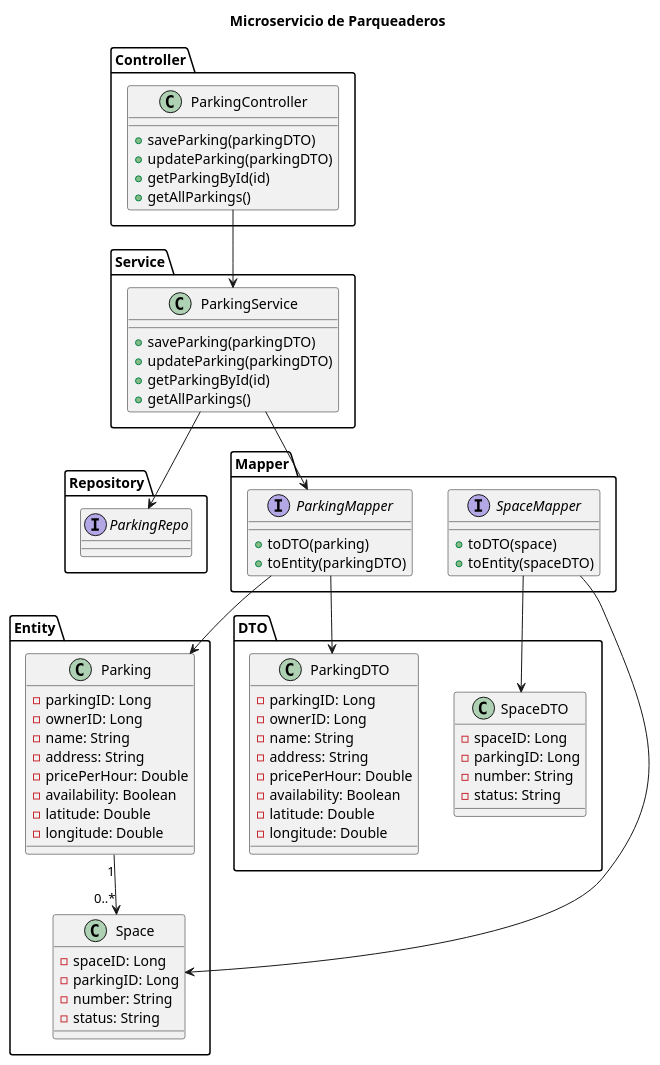
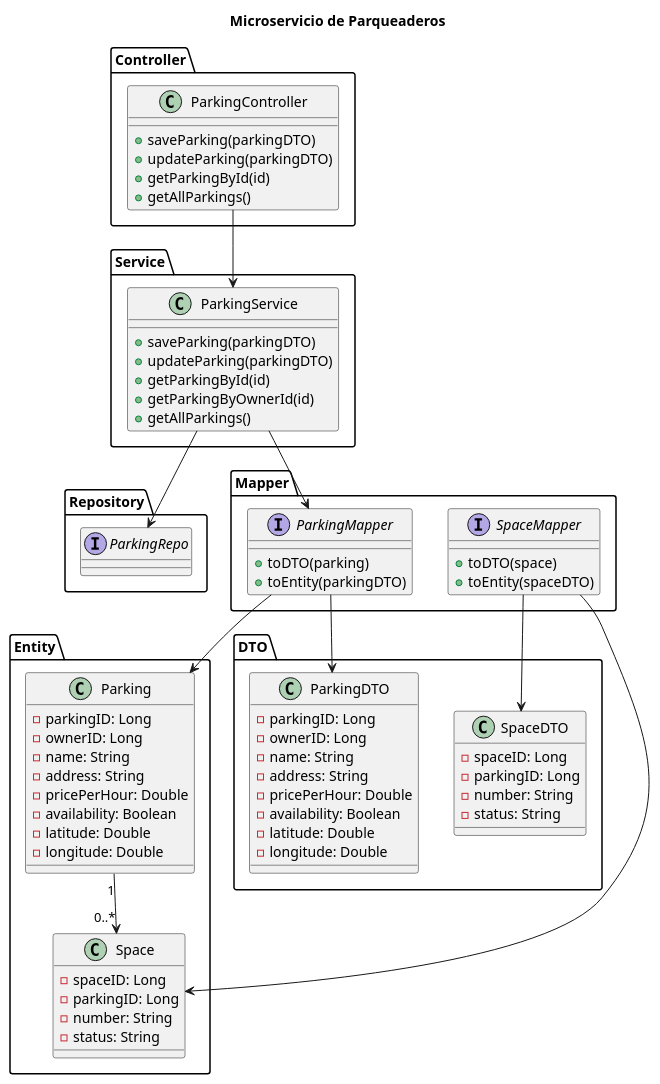
One commit to JordiGD/EasyPark changed the diagram in parking/Diagrama.md. Above: the diagram before and after it, drawn with PlantUML. The commit also changed 29 other files, not shown here.

```diff
--- a/parking/Diagrama.md
+++ b/parking/Diagrama.md
@@ -21,6 +21,7 @@
     + saveParking(parkingDTO)
     + updateParking(parkingDTO)
     + getParkingById(id)
+    + getParkingByOwnerId(id)
     + getAllParkings()
   }
 }
```
